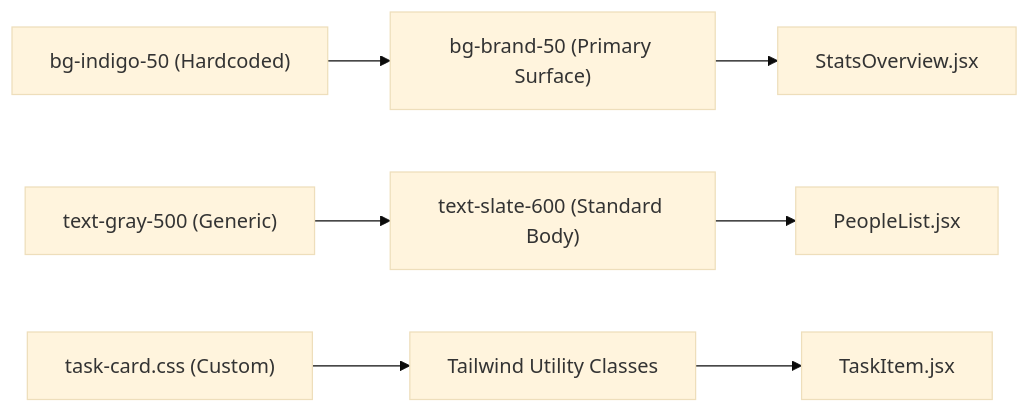
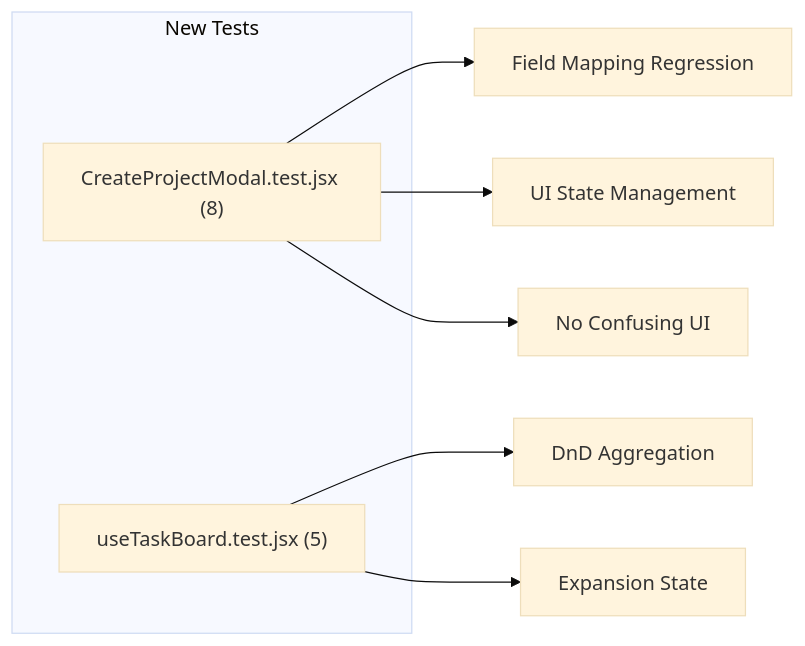
The second of 2 diagrams in PR_DESCRIPTION_DRAFT.md (JoelA510/PlanterPlan-Alpha), drawn with Mermaid (base theme) before and after one commit. The commit also changed other lines of this file and 10 other files, not shown here.

````diff
--- a/PR_DESCRIPTION_DRAFT.md
+++ b/PR_DESCRIPTION_DRAFT.md
@@ -21,10 +40,14 @@
 ```mermaid
 graph LR
-    Legacy["bg-indigo-50 (Hardcoded)"] --> Semantic["bg-brand-50 (Primary Surface)"]
-    Legacy2["text-gray-500 (Generic)"] --> Semantic2["text-slate-600 (Standard Body)"]
-    Legacy3["task-card.css (Custom)"] --> Semantic3["Tailwind Utility Classes"]
+    subgraph "New Tests"
+        CPM["CreateProjectModal.test.jsx (8)"]
+        UTB["useTaskBoard.test.jsx (5)"]
+    end
     
-    Semantic --> Stats["StatsOverview.jsx"]
-    Semantic2 --> People["PeopleList.jsx"]
-    Semantic3 --> Task["TaskItem.jsx"]
+    CPM --> FieldMap["Field Mapping Regression"]
+    CPM --> UIState["UI State Management"]
+    CPM --> NoConfuse["No Confusing UI"]
+    
+    UTB --> DnDAgg["DnD Aggregation"]
+    UTB --> Expand["Expansion State"]
 ```
````
